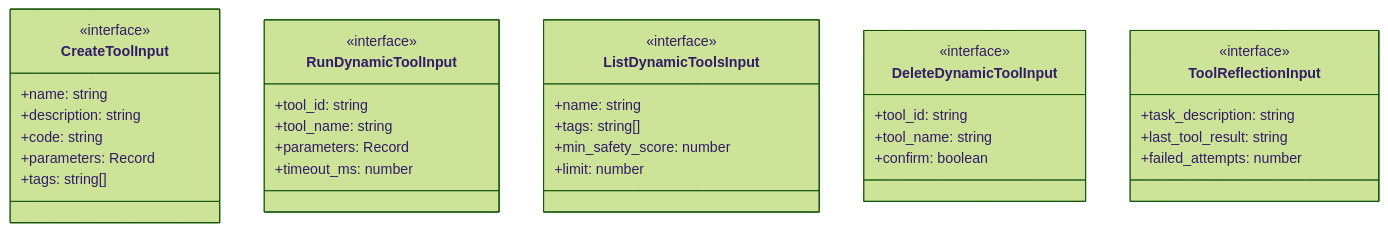
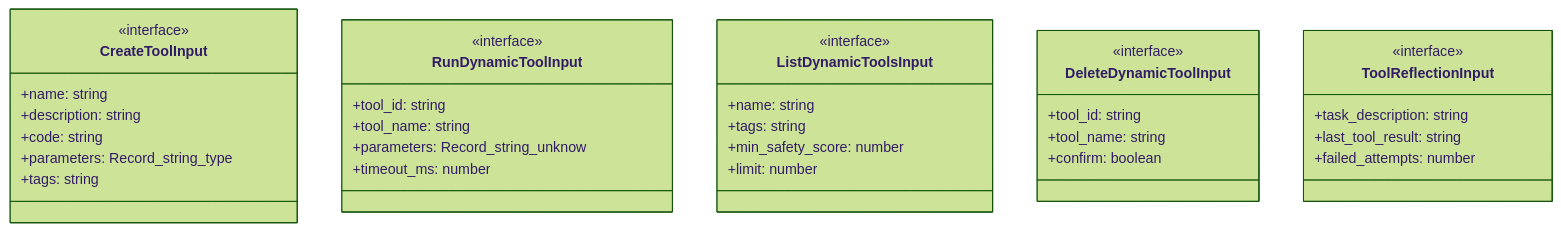
The first of 3 diagrams in ABDD/.pi/extensions/dynamic-tools.md (Mekann2904/mekann), drawn with Mermaid (forest theme) before and after one commit. The commit also changed other lines of this file and 174 other files, not shown here.

First line of the commit message:
fix(docs): ABDDのMermaid図生成エラーを修正する

````diff
--- a/ABDD/.pi/extensions/dynamic-tools.md
+++ b/ABDD/.pi/extensions/dynamic-tools.md
@@ -37,37 +37,37 @@
 ```mermaid
 classDiagram
   class CreateToolInput {
     <<interface>>
     +name: string
     +description: string
     +code: string
-    +parameters: Record<stringtypestringnumberbooleanobjectarraydescriptionstringdefaultunknownenumstring[]minimumnumbermaximumnumberrequiredboolean>
-    +tags: string[]
+    +parameters: Record_string_type
+    +tags: string
   }
   class RunDynamicToolInput {
     <<interface>>
     +tool_id: string
     +tool_name: string
-    +parameters: Record<stringunknown>
+    +parameters: Record_string_unknow
     +timeout_ms: number
   }
   class ListDynamicToolsInput {
     <<interface>>
     +name: string
-    +tags: string[]
+    +tags: string
     +min_safety_score: number
     +limit: number
   }
   class DeleteDynamicToolInput {
     <<interface>>
     +tool_id: string
     +tool_name: string
     +confirm: boolean
   }
   class ToolReflectionInput {
     <<interface>>
     +task_description: string
     +last_tool_result: string
     +failed_attempts: number
   }
 ```
````
